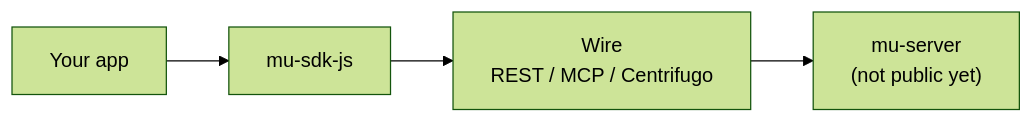
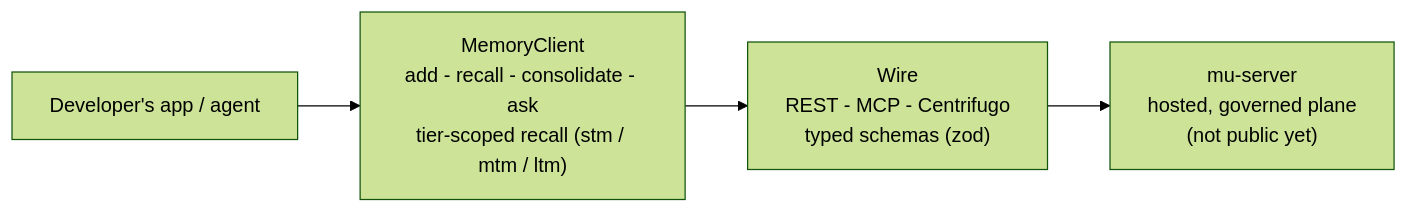
One commit to MemoryUniverse/mu-sdk-js changed the diagram in README.md. Above: the diagram before and after it, drawn with Mermaid (forest theme).

Commit message:
docs: accurate, multi-scale architecture + vision diagrams

````diff
--- a/README.md
+++ b/README.md
@@ -78,6 +78,6 @@
 ```mermaid
 flowchart LR
-    App["Your app"] --> SDK["mu-sdk-js"]
-    SDK --> Wire["Wire<br/>REST / MCP / Centrifugo"]
-    Wire --> Srv["mu-server<br/>(not public yet)"]
+    App["Developer's app / agent"] --> SDK["MemoryClient<br/>add - recall - consolidate - ask<br/>tier-scoped recall (stm / mtm / ltm)"]
+    SDK --> Wire["Wire<br/>REST - MCP - Centrifugo<br/>typed schemas (zod)"]
+    Wire --> Srv["mu-server<br/>hosted, governed plane<br/>(not public yet)"]
 ```
````
